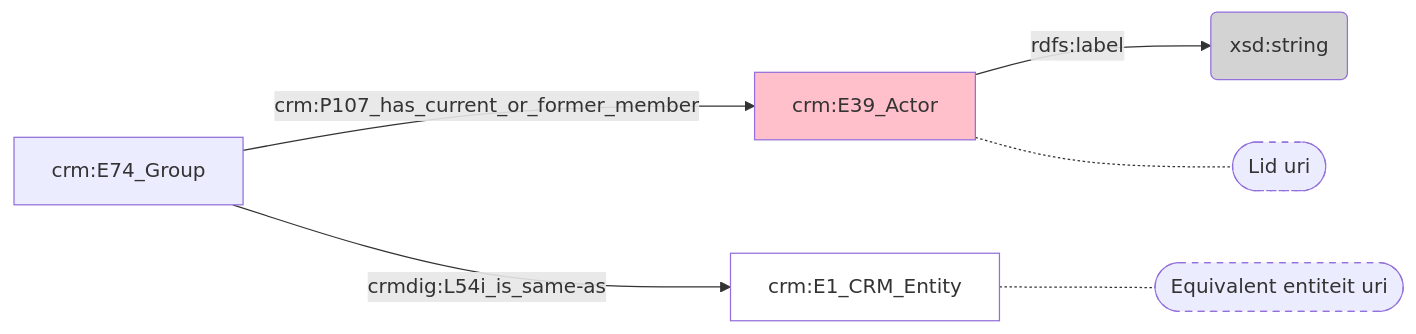
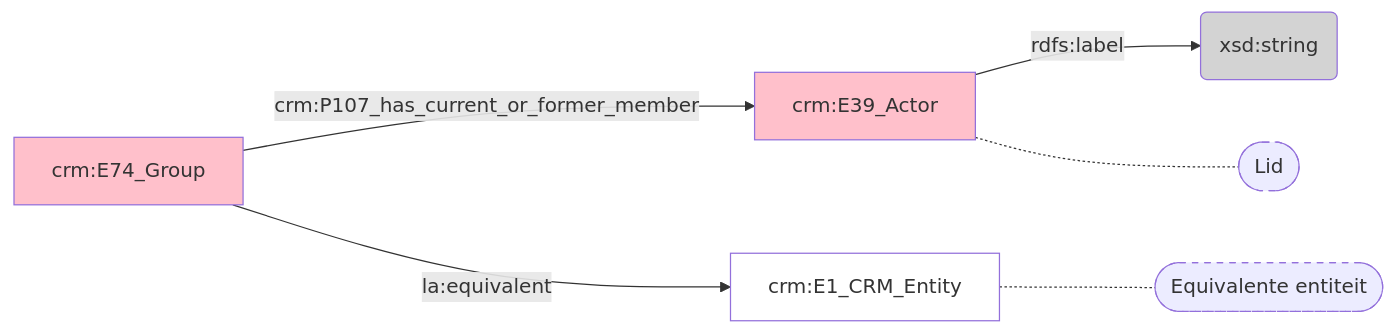
The diagram in docs/content/modellen/Group/Verwijzingen.md (digipolisantwerpdocumentation/antwerp-cultureel-erfgoed), drawn with Mermaid before and after one commit. The commit also changed 173 other files, not shown here.

````diff
--- a/docs/content/modellen/Group/Verwijzingen.md
+++ b/docs/content/modellen/Group/Verwijzingen.md
@@ -1,13 +1,14 @@
 ```mermaid
 graph LR
 606baece-e37f-11ed-a1e6-00163e71351b["crm:E39_Actor"]-->|"rdfs:label"|7c47ce20-e406-11ed-a1e6-00163e71351b(xsd:string)
 1456bf2e-e37f-11ed-a1e6-00163e71351b["crm:E74_Group"]-->|"crm:P107_has_current_or_former_member"|606baece-e37f-11ed-a1e6-00163e71351b["crm:E39_Actor"]
-1456bf2e-e37f-11ed-a1e6-00163e71351b["crm:E74_Group"]-->|"crmdig:L54i_is_same-as"|f6d70486-e405-11ed-9064-00163e71351b["crm:E1_CRM_Entity"]
+1456bf2e-e37f-11ed-a1e6-00163e71351b["crm:E74_Group"]-->|"la:equivalent"|f6d70486-e405-11ed-9064-00163e71351b["crm:E1_CRM_Entity"]
+606baece-e37f-11ed-a1e6-00163e71351b["crm:E39_Actor"]-.-606baece-e37f-11ed-a1e6-00163e71351b_s(["Lid"])
+f6d70486-e405-11ed-9064-00163e71351b["crm:E1_CRM_Entity"]-.-f6d70486-e405-11ed-9064-00163e71351b_s(["Equivalente entiteit"])
 style 606baece-e37f-11ed-a1e6-00163e71351b_s stroke-dasharray: 5
 style f6d70486-e405-11ed-9064-00163e71351b_s stroke-dasharray: 5
-606baece-e37f-11ed-a1e6-00163e71351b["crm:E39_Actor"]-.-606baece-e37f-11ed-a1e6-00163e71351b_s(["Lid uri"])
-f6d70486-e405-11ed-9064-00163e71351b["crm:E1_CRM_Entity"]-.-f6d70486-e405-11ed-9064-00163e71351b_s(["Equivalent entiteit uri"])
+style 1456bf2e-e37f-11ed-a1e6-00163e71351b fill:#ffc0cb
 style 606baece-e37f-11ed-a1e6-00163e71351b fill:#ffc0cb
 style 7c47ce20-e406-11ed-a1e6-00163e71351b fill:#D3D3D3
 style f6d70486-e405-11ed-9064-00163e71351b fill:#ffffff
 ```
````
